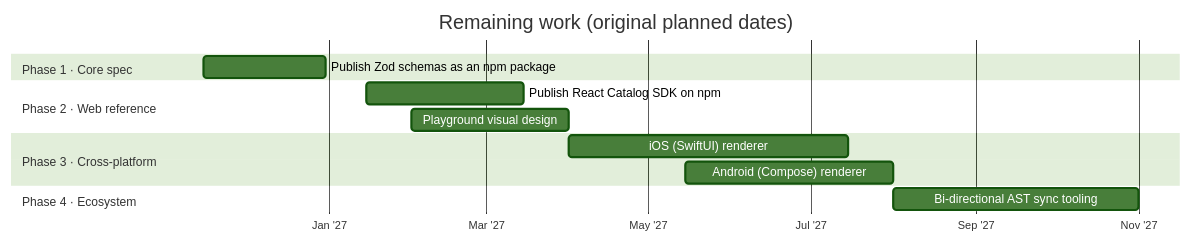
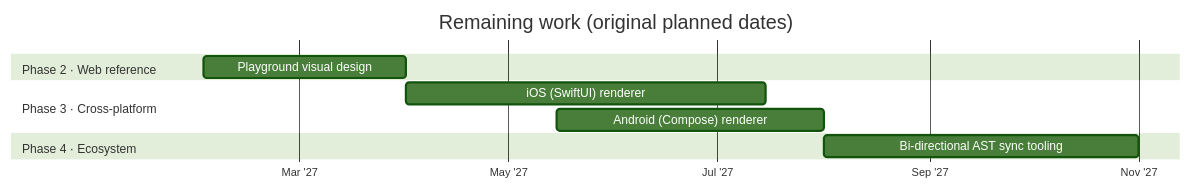
The diagram in docs/ROADMAP.md (jdsouza1/omni-ir), drawn with Mermaid (forest theme) before and after one commit. The commit also changed other lines of this file and 3 other files, not shown here.

Commit message:
docs: Step 5 done, 0.1.0 of @omni-ir/core and @omni-ir/react on npm

````diff
--- a/docs/ROADMAP.md
+++ b/docs/ROADMAP.md
@@ -20,23 +22,19 @@
 ```mermaid
 %%{init: {"gantt": {"leftPadding": 175}}}%%
 gantt
     title Remaining work (original planned dates)
     dateFormat YYYY-MM-DD
     axisFormat %b '%y
     tickInterval 2month
     todayMarker off
 
-    section Phase 1 · Core spec
-    Publish Zod schemas as an npm package :p1, 2026-11-15, 2026-12-31
-
     section Phase 2 · Web reference
-    Publish React Catalog SDK on npm :p2, 2027-01-15, 2027-03-15
     Playground visual design :p3, 2027-02-01, 2027-04-01
 
     section Phase 3 · Cross-platform
     iOS (SwiftUI) renderer :p4, 2027-04-01, 2027-07-15
     Android (Compose) renderer :p5, 2027-05-15, 2027-08-01
 
     section Phase 4 · Ecosystem
     Bi-directional AST sync tooling :p6, 2027-08-01, 2027-11-01
 ```
````
